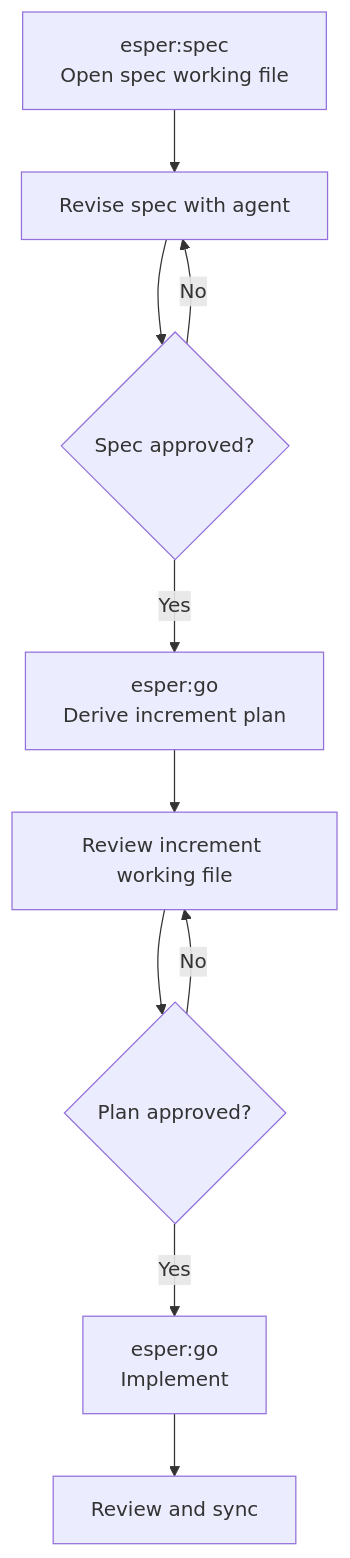
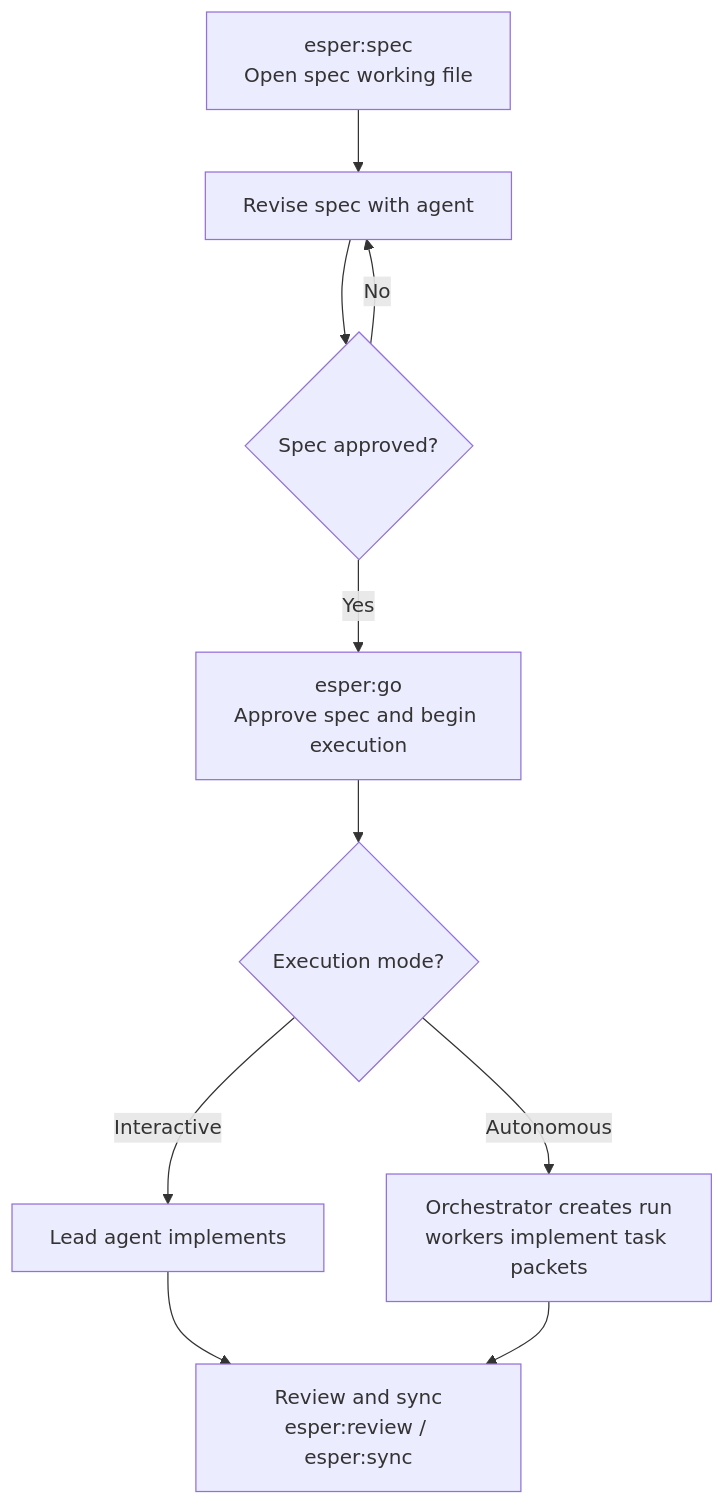
One commit to sichengchen/esper changed the second of 4 diagrams in docs/esperkit-user-manual.md. Above: the diagram before and after it, drawn with Mermaid. The commit also changed other lines of this file and 1 other file, not shown here.

````diff
--- a/docs/esperkit-user-manual.md
+++ b/docs/esperkit-user-manual.md
@@ -180,12 +205,12 @@
 ```mermaid
 flowchart TD
     A[esper:spec<br/>Open spec working file] --> B[Revise spec with agent]
     B --> C{Spec approved?}
     C -->|No| B
-    C -->|Yes| D[esper:go<br/>Derive increment plan]
-    D --> E[Review increment working file]
-    E --> F{Plan approved?}
-    F -->|No| E
-    F -->|Yes| G[esper:go<br/>Implement]
-    G --> H[Review and sync]
+    C -->|Yes| D[esper:go<br/>Approve spec and begin execution]
+    D --> E{Execution mode?}
+    E -->|Interactive| F[Lead agent implements]
+    E -->|Autonomous| G[Orchestrator creates run<br/>workers implement task packets]
+    F --> H[Review and sync<br/>esper:review / esper:sync]
+    G --> H
 ```
````
